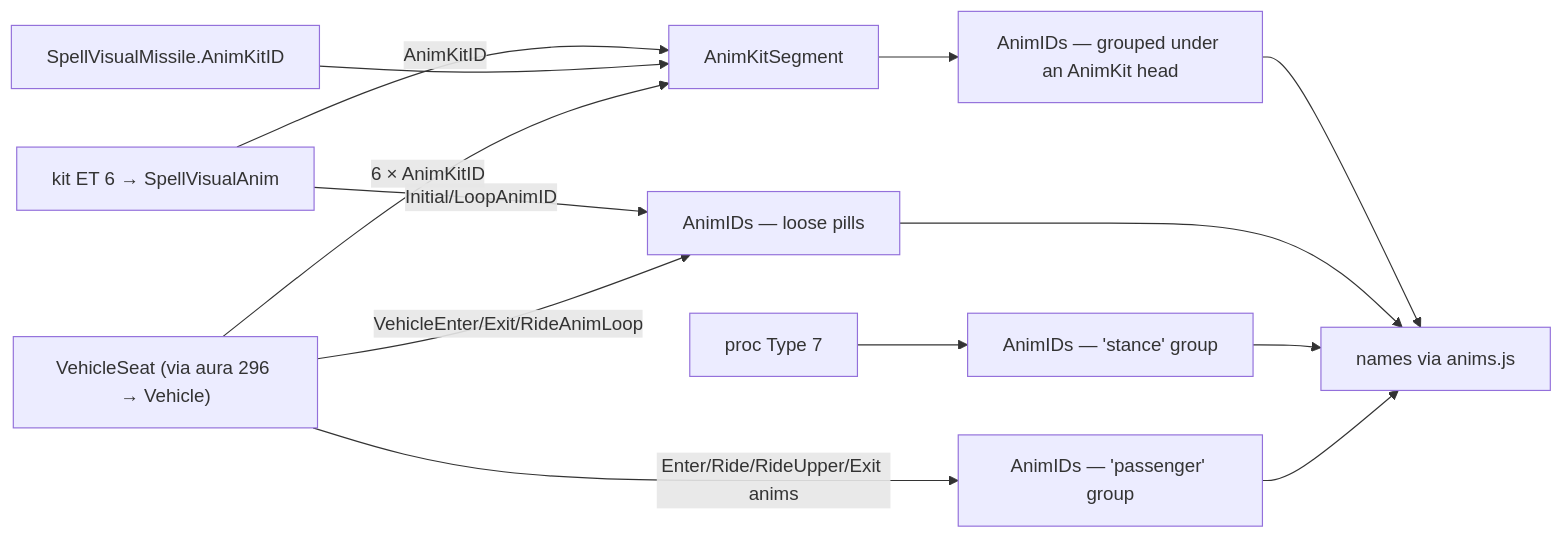
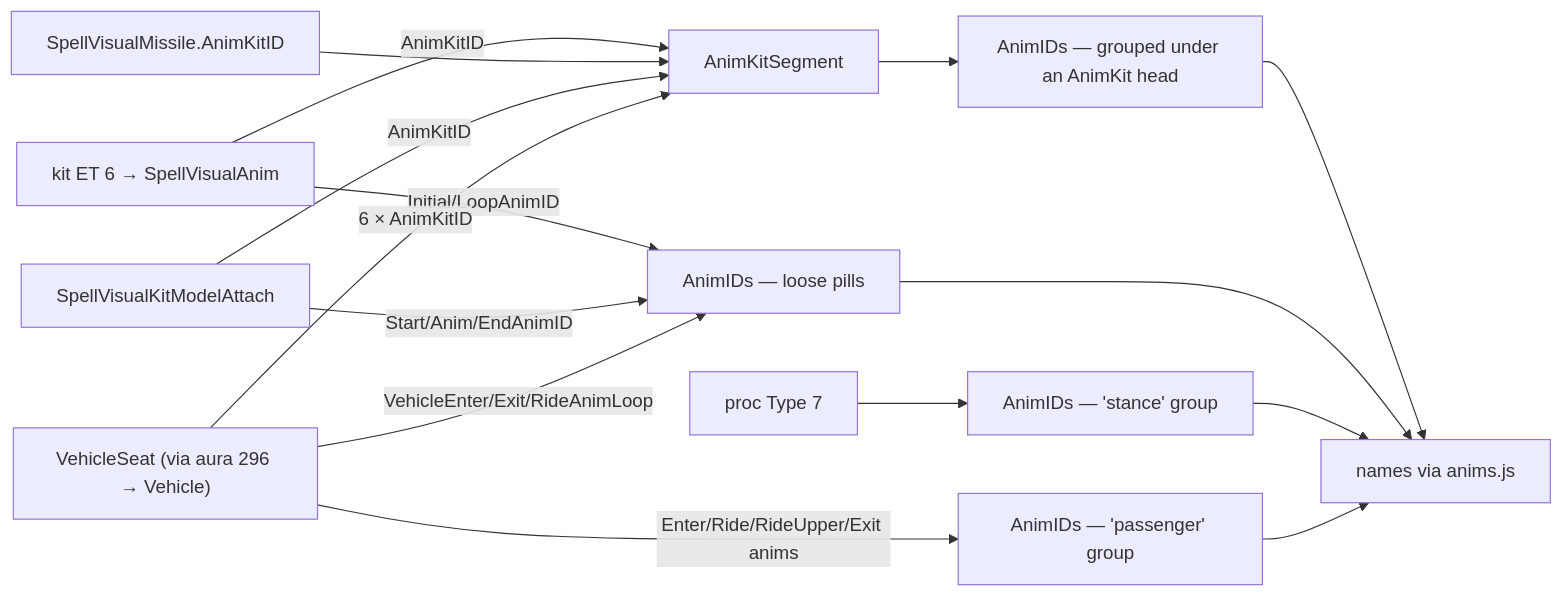
The seventh of 14 diagrams in DATA_ROUTES.md (Natans8/Epsilook), drawn with Mermaid before and after one commit. The commit also changed other lines of this file and 12 other files, not shown here.

First line of the commit message:
Index SpellVisualKitModelAttach anim columns into the animation routes

````diff
--- a/DATA_ROUTES.md
+++ b/DATA_ROUTES.md
@@ -286,14 +286,16 @@
 ```mermaid
 flowchart LR
   K6["kit ET 6 → SpellVisualAnim"] -->|AnimKitID| AKS["AnimKitSegment"] --> AID1["AnimIDs — grouped under an AnimKit head"]
   MAK["SpellVisualMissile.AnimKitID"] --> AKS
   K6 -->|"Initial/LoopAnimID"| AID2["AnimIDs — loose pills"]
+  MA2["SpellVisualKitModelAttach"] -->|"AnimKitID"| AKS
+  MA2 -->|"Start/Anim/EndAnimID"| AID2
   P7["proc Type 7"] --> AID3["AnimIDs — 'stance' group"]
   VS["VehicleSeat (via aura 296 → Vehicle)"] -->|"Enter/Ride/RideUpper/Exit anims"| AID4["AnimIDs — 'passenger' group"]
   VS -->|"VehicleEnter/Exit/RideAnimLoop"| AID2
   VS -->|"6 × AnimKitID"| AKS
   AID1 --> N["names via anims.js"]
   AID2 --> N
   AID3 --> N
   AID4 --> N
 ```
````
